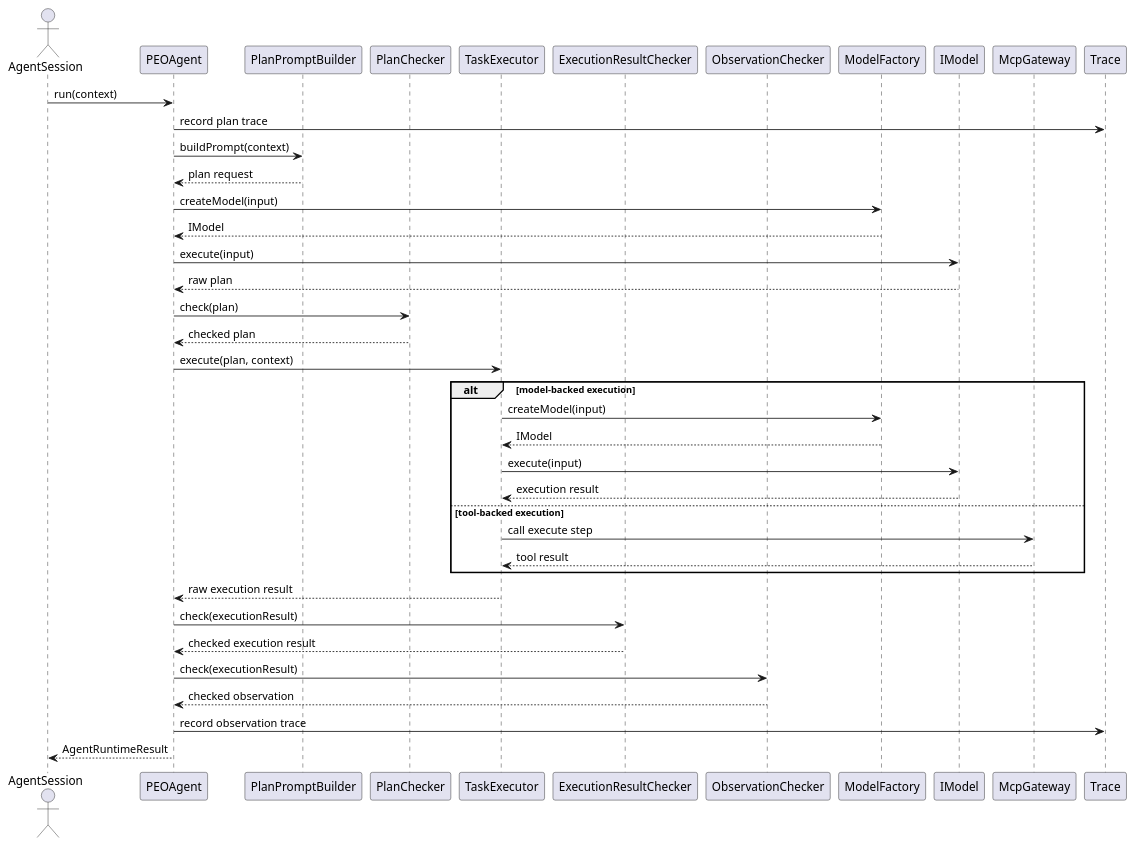
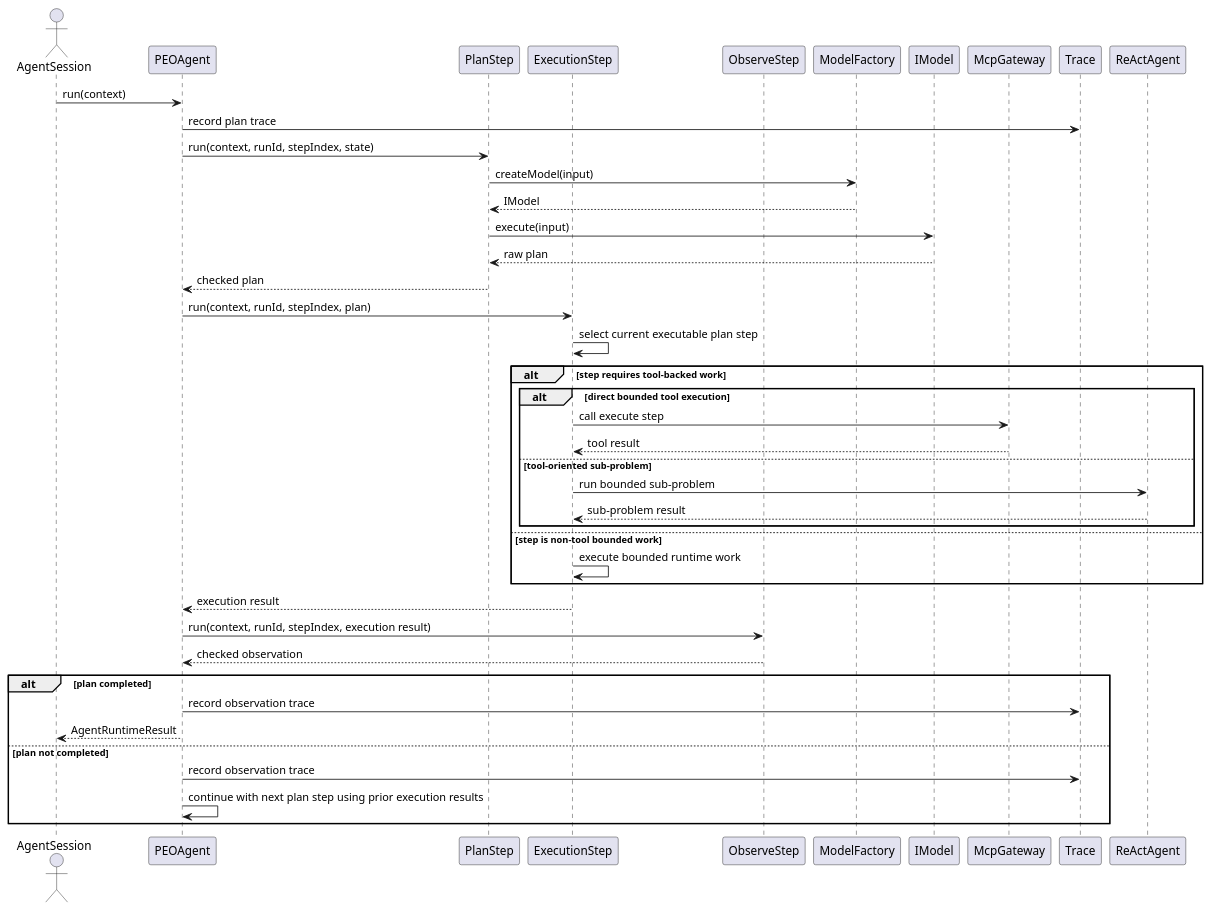
One commit to lucky-chen/ai_workflow_travel changed the seventh of 10 diagrams in infra_projects/projects/agent_runtime/docs/breakdown_docs/agent_orchestration_design.md. Above: the diagram before and after it, drawn with PlantUML. The commit also changed other lines of this file and 20 other files, not shown here.

````diff
--- a/infra_projects/projects/agent_runtime/docs/breakdown_docs/agent_orchestration_design.md
+++ b/infra_projects/projects/agent_runtime/docs/breakdown_docs/agent_orchestration_design.md
@@ -510,43 +479,45 @@
 ```plantuml
 @startuml
 actor AgentSession
 participant PEOAgent
-participant PlanPromptBuilder
-participant PlanChecker
-participant TaskExecutor
-participant ExecutionResultChecker
-participant ObservationChecker
+participant PlanStep
+participant ExecutionStep
+participant ObserveStep
 participant ModelFactory
 participant IModel
 participant McpGateway
 participant Trace
 
 AgentSession -> PEOAgent: run(context)
 PEOAgent -> Trace: record plan trace
-PEOAgent -> PlanPromptBuilder: buildPrompt(context)
-PlanPromptBuilder --> PEOAgent: plan request
-PEOAgent -> ModelFactory: createModel(input)
-ModelFactory --> PEOAgent: IModel
-PEOAgent -> IModel: execute(input)
-IModel --> PEOAgent: raw plan
-PEOAgent -> PlanChecker: check(plan)
-PlanChecker --> PEOAgent: checked plan
-PEOAgent -> TaskExecutor: execute(plan, context)
-alt model-backed execution
-  TaskExecutor -> ModelFactory: createModel(input)
-  ModelFactory --> TaskExecutor: IModel
-  TaskExecutor -> IModel: execute(input)
-  IModel --> TaskExecutor: execution result
-else tool-backed execution
-  TaskExecutor -> McpGateway: call execute step
-  McpGateway --> TaskExecutor: tool result
+PEOAgent -> PlanStep: run(context, runId, stepIndex, state)
+PlanStep -> ModelFactory: createModel(input)
+ModelFactory --> PlanStep: IModel
+PlanStep -> IModel: execute(input)
+IModel --> PlanStep: raw plan
+PlanStep --> PEOAgent: checked plan
+PEOAgent -> ExecutionStep: run(context, runId, stepIndex, plan)
+ExecutionStep -> ExecutionStep: select current executable plan step
+alt step requires tool-backed work
+  alt direct bounded tool execution
+    ExecutionStep -> McpGateway: call execute step
+    McpGateway --> ExecutionStep: tool result
+  else tool-oriented sub-problem
+    ExecutionStep -> ReActAgent: run bounded sub-problem
+    ReActAgent --> ExecutionStep: sub-problem result
+  end
+else step is non-tool bounded work
+  ExecutionStep -> ExecutionStep: execute bounded runtime work
 end
-TaskExecutor --> PEOAgent: raw execution result
-PEOAgent -> ExecutionResultChecker: check(executionResult)
-ExecutionResultChecker --> PEOAgent: checked execution result
-PEOAgent -> ObservationChecker: check(executionResult)
-ObservationChecker --> PEOAgent: checked observation
-PEOAgent -> Trace: record observation trace
-PEOAgent --> AgentSession: AgentRuntimeResult
+ExecutionStep --> PEOAgent: execution result
+PEOAgent -> ObserveStep: run(context, runId, stepIndex, execution result)
+ObserveStep --> PEOAgent: checked observation
+alt plan completed
+  PEOAgent -> Trace: record observation trace
+  PEOAgent --> AgentSession: AgentRuntimeResult
+else plan not completed
+  PEOAgent -> Trace: record observation trace
+  PEOAgent -> PEOAgent: continue with next plan step using prior execution results
+end
 @enduml
 ```
````
